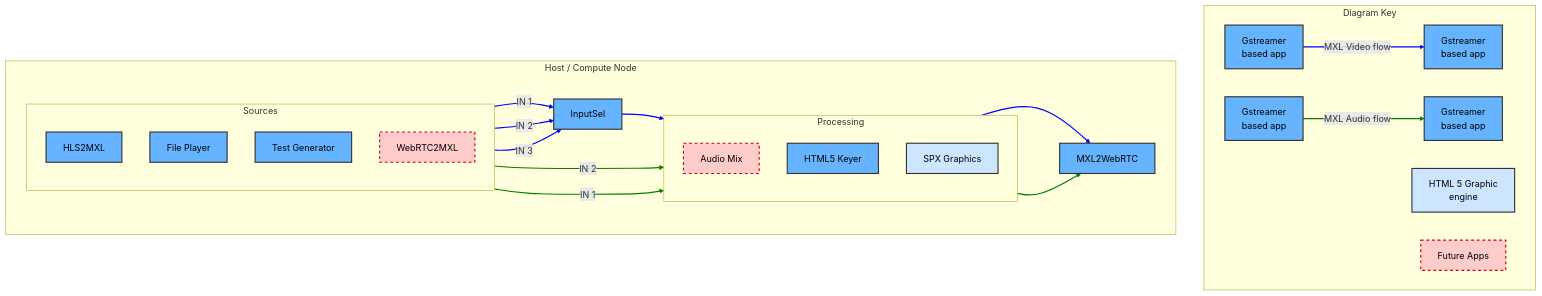
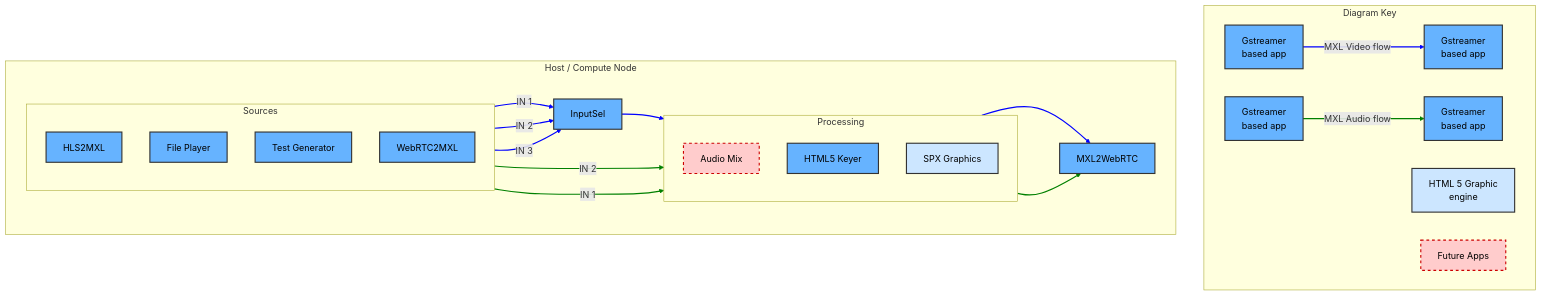
One commit to cbcrc/mxl-hands-on changed the diagram in Exercises/Exercise4.md. Above: the diagram before and after it, drawn with Mermaid. The commit also changed 2 other files, not shown here.

Commit message:
Adding webrtc2mxl app to how_to_build.md and exercise 4

```diff
--- a/Exercises/Exercise4.md
+++ b/Exercises/Exercise4.md
@@ -78,8 +78,8 @@
         classDef other fill:#cce6ff,color:black,stroke:#333,stroke-width:2px;
         classDef future fill:#ffcccc,color:black,stroke:#cc0000,stroke-width:2px,stroke-dasharray:5 5
 
-        class HLS2MXL,LoopPlayer,TestGen,InputSel,HTML5Keyer,MXL2WebRTC,k1,kt1,k2,kt2,k3 gstreamer
-        class WebRTC2MXL,AudioMix,k5 future
+        class HLS2MXL,LoopPlayer,TestGen,InputSel,HTML5Keyer,MXL2WebRTC,WebRTC2MXL,k1,kt1,k2,kt2,k3 gstreamer
+        class AudioMix,k5 future
         class NmosRegistry,DummyNmosNode,NmosController,kt3 control
         class SPXGraphics,k4 other
 
```
